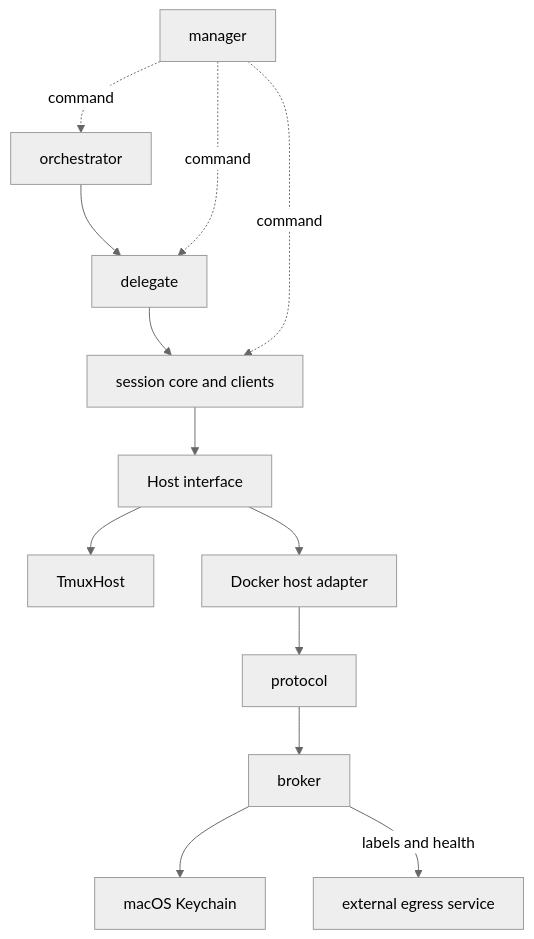
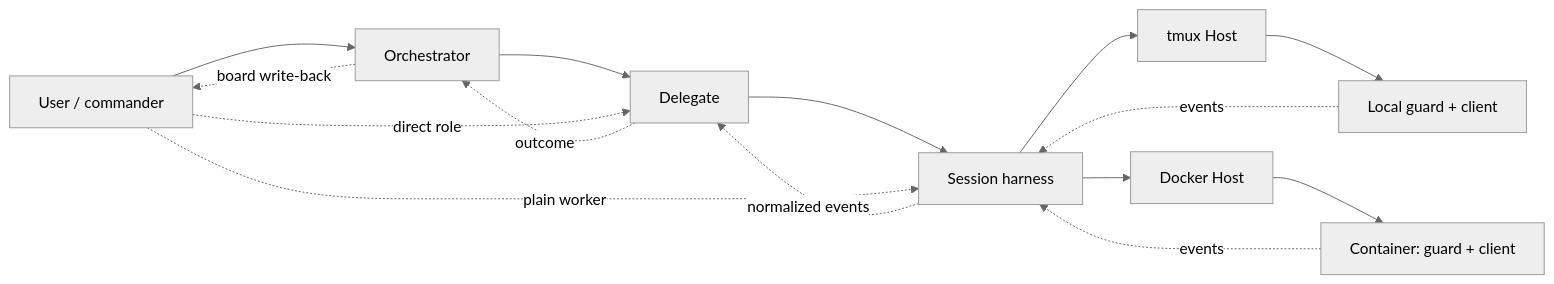
One commit to windroc-labs/ensemble changed the diagram in docs/architecture.md. Above: the diagram before and after it, drawn with Mermaid (neutral theme). The commit also changed other lines of this file and 332 other files, not shown here.

````diff
--- a/docs/architecture.md
+++ b/docs/architecture.md
@@ -133,14 +21,16 @@
 ```mermaid
-flowchart TB
-  M[manager] -. command .-> O[orchestrator]
-  O --> D[delegate] --> S[session core and clients]
-  M -. command .-> D
-  M -. command .-> S
-  S --> H[Host interface]
-  H --> T[TmuxHost]
-  H --> A[Docker host adapter]
-  A --> P[protocol]
-  P --> B[broker]
-  B --> K[macOS Keychain]
-  B -->|labels and health| E[external egress service]
+flowchart LR
+    U[User / commander] --> O[Orchestrator]
+    O --> D[Delegate]
+    U -. direct role .-> D
+    D --> H[Session harness]
+    U -. plain worker .-> H
+    H --> T[tmux Host]
+    H --> C[Docker Host]
+    T --> L[Local guard + client]
+    C --> W[Container: guard + client]
+    L & W -. events .-> H
+    H -. normalized events .-> D
+    D -. outcome .-> O
+    O -. board write-back .-> U
 ```
````
